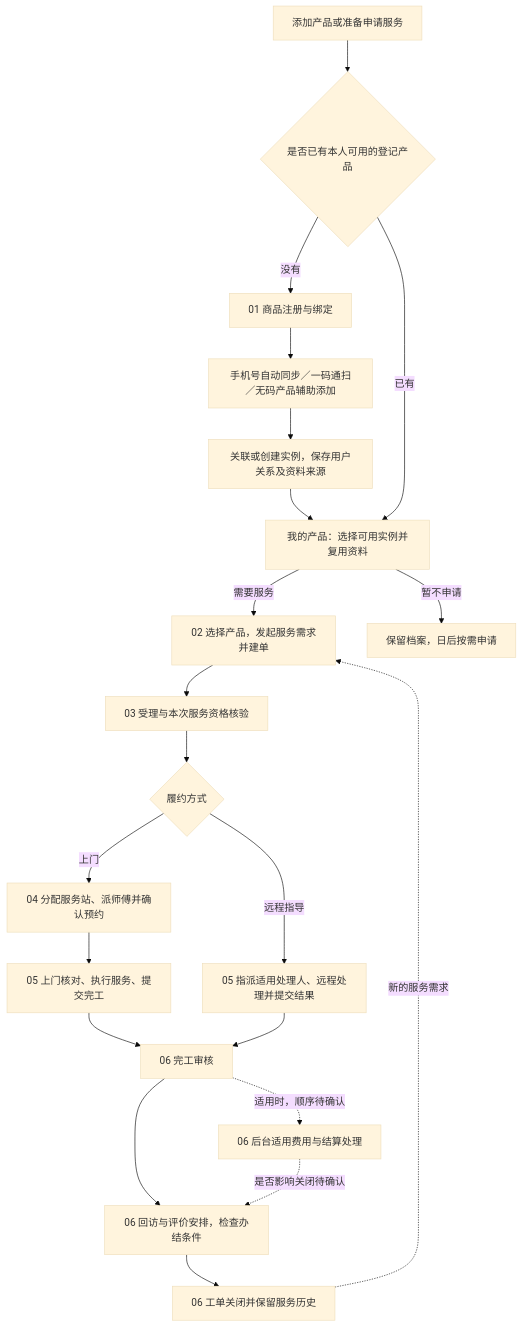
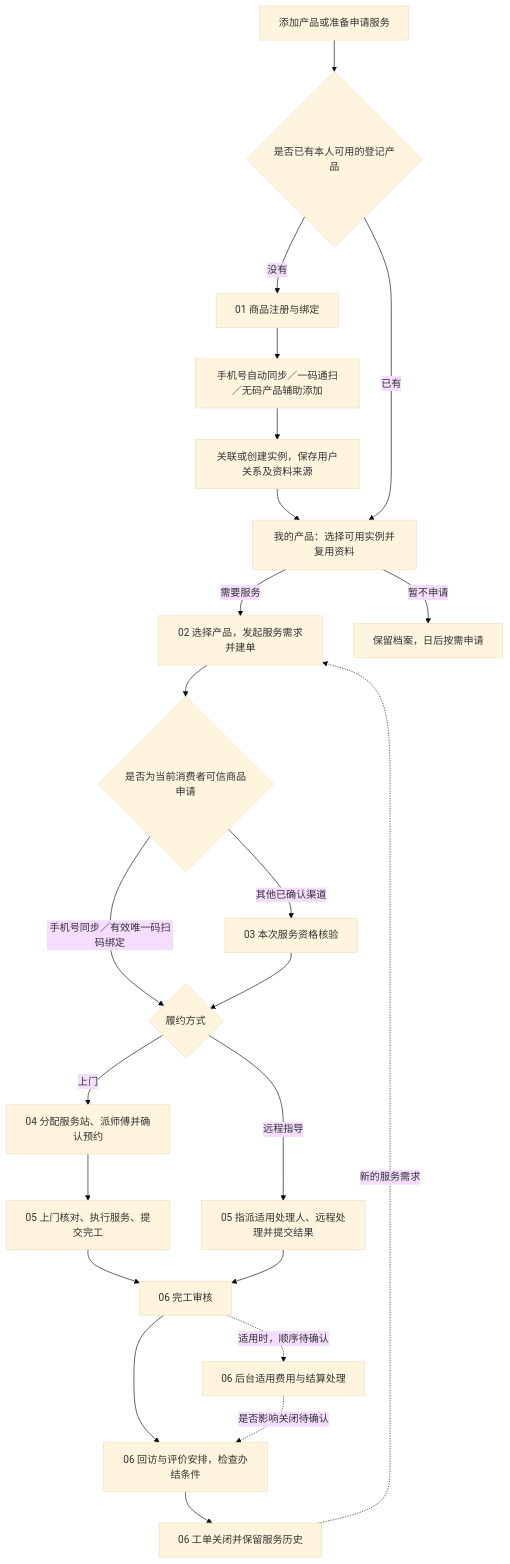
Before and after one commit to zhiyuan23/toto-after-sales-docs: the diagram in 05-业务流程/00-售后全流程总览.md, drawn with Mermaid (base theme). The commit also changed other lines of this file and 14 other files, not shown here.

````diff
--- a/05-业务流程/00-售后全流程总览.md
+++ b/05-业务流程/00-售后全流程总览.md
@@ -30,23 +30,25 @@
 ```mermaid
 flowchart TD
     START[添加产品或准备申请服务] --> HAS{是否已有本人可用的登记产品}
     HAS -->|没有| P[01 商品注册与绑定]
     P --> P1[手机号自动同步／一码通扫／无码产品辅助添加]
     P1 --> LINK[关联或创建实例，保存用户关系及资料来源]
     LINK --> PRODUCT[我的产品：选择可用实例并复用资料]
     HAS -->|已有| PRODUCT
     PRODUCT -->|需要服务| A[02 选择产品，发起服务需求并建单]
     PRODUCT -->|暂不申请| SAVE[保留档案，日后按需申请]
-    A --> B[03 受理与本次服务资格核验]
+    A --> T{是否为当前消费者可信商品申请}
+    T -->|手机号同步／有效唯一码扫码绑定| C
+    T -->|其他已确认渠道| B[03 本次服务资格核验]
     B --> C{履约方式}
     C -->|上门| D[04 分配服务站、派师傅并确认预约]
     D --> E[05 上门核对、执行服务、提交完工]
     C -->|远程指导| F[05 指派适用处理人、远程处理并提交结果]
     E --> G[06 完工审核]
     F --> G
     G --> H[06 回访与评价安排，检查办结条件]
     H --> I[06 工单关闭并保留服务历史]
     G -. 适用时，顺序待确认 .-> J[06 后台适用费用与结算处理]
     J -. 是否影响关闭待确认 .-> H
     I -. 新的服务需求 .-> A
 ```
````
